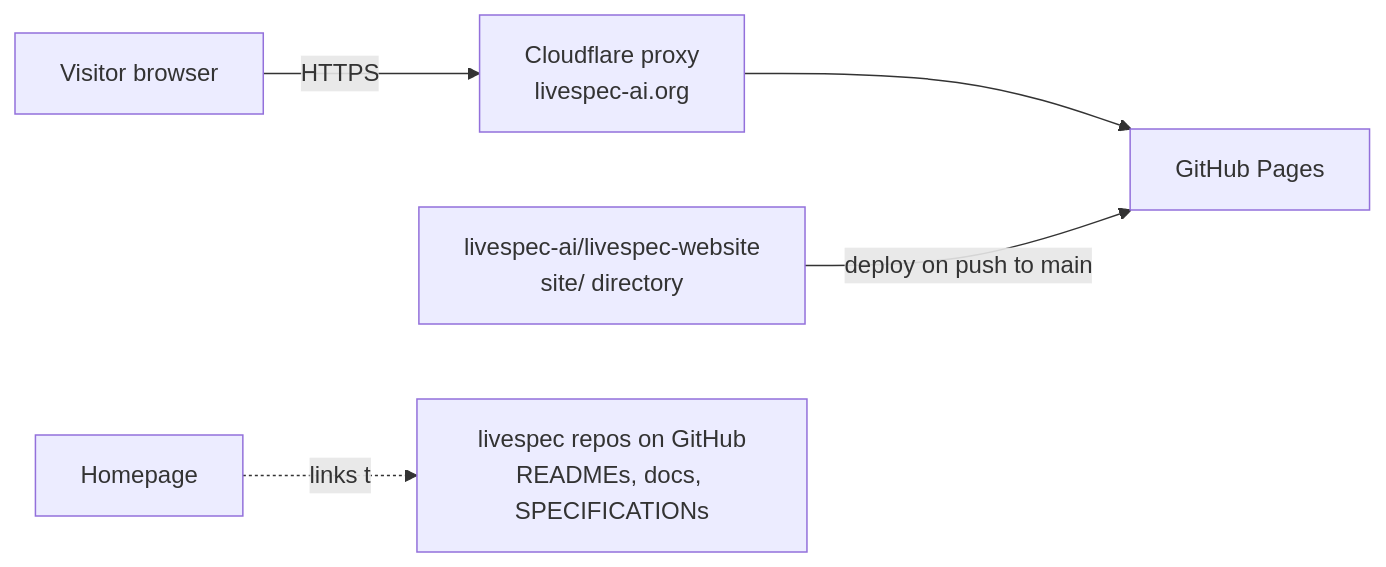
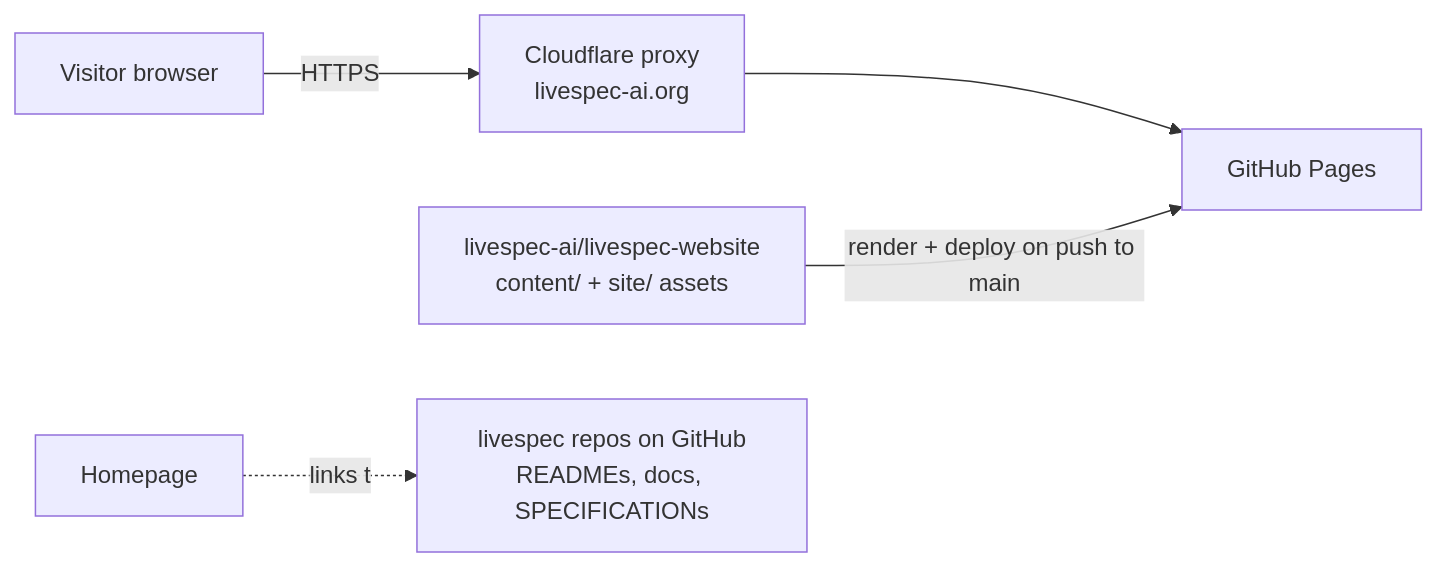
One commit to livespec-ai/livespec-website changed the diagram in SPECIFICATION/spec.md. Above: the diagram before and after it, drawn with Mermaid. The commit also changed other lines of this file and 12 other files, not shown here.

First line of the commit message:
spec: render pages at deploy time; maintainer may edit main directly (v007)

````diff
--- a/SPECIFICATION/spec.md
+++ b/SPECIFICATION/spec.md
@@ -34,7 +36,7 @@
 ```mermaid
 flowchart LR
     visitor[Visitor browser] -->|HTTPS| cf[Cloudflare proxy<br/>livespec-ai.org]
     cf --> pages[GitHub Pages]
-    repo[livespec-ai/livespec-website<br/>site/ directory] -->|deploy on push to main| pages
+    repo[livespec-ai/livespec-website<br/>content/ + site/ assets] -->|render + deploy on push to main| pages
     home[Homepage] -.links to.-> gh[livespec repos on GitHub<br/>READMEs, docs, SPECIFICATIONs]
 ```
````
